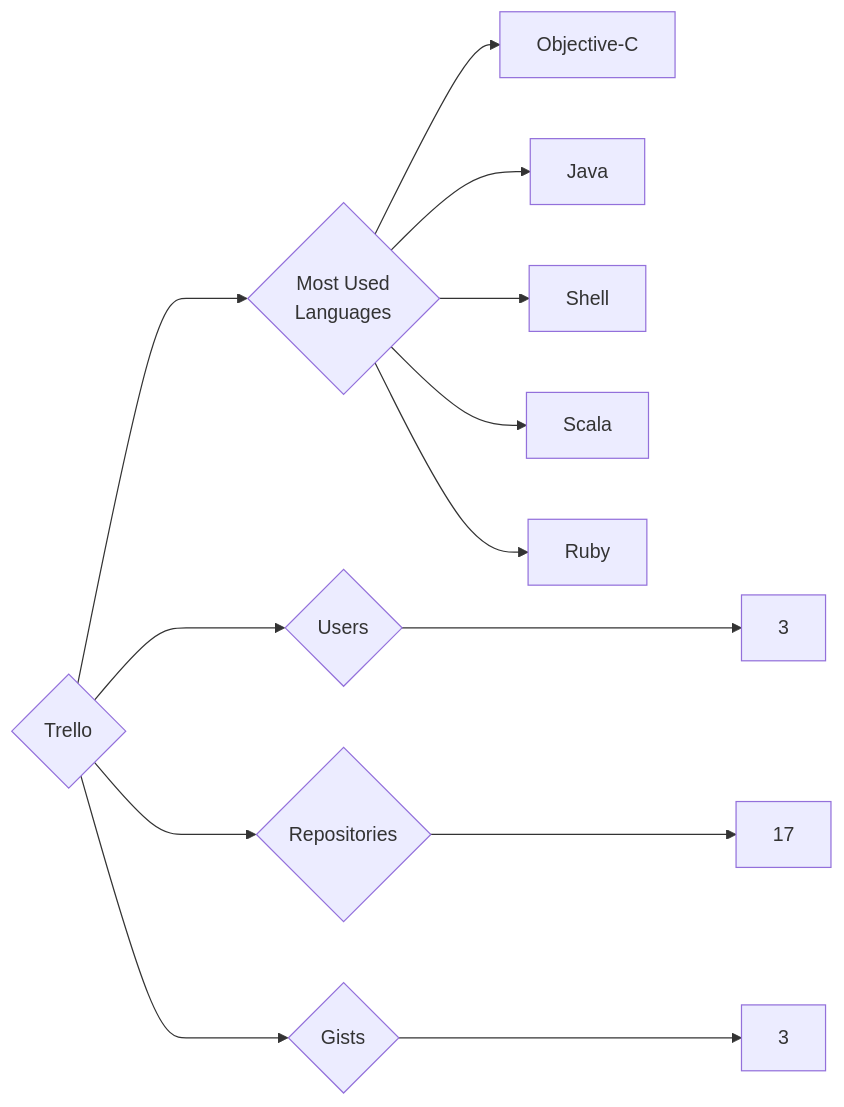
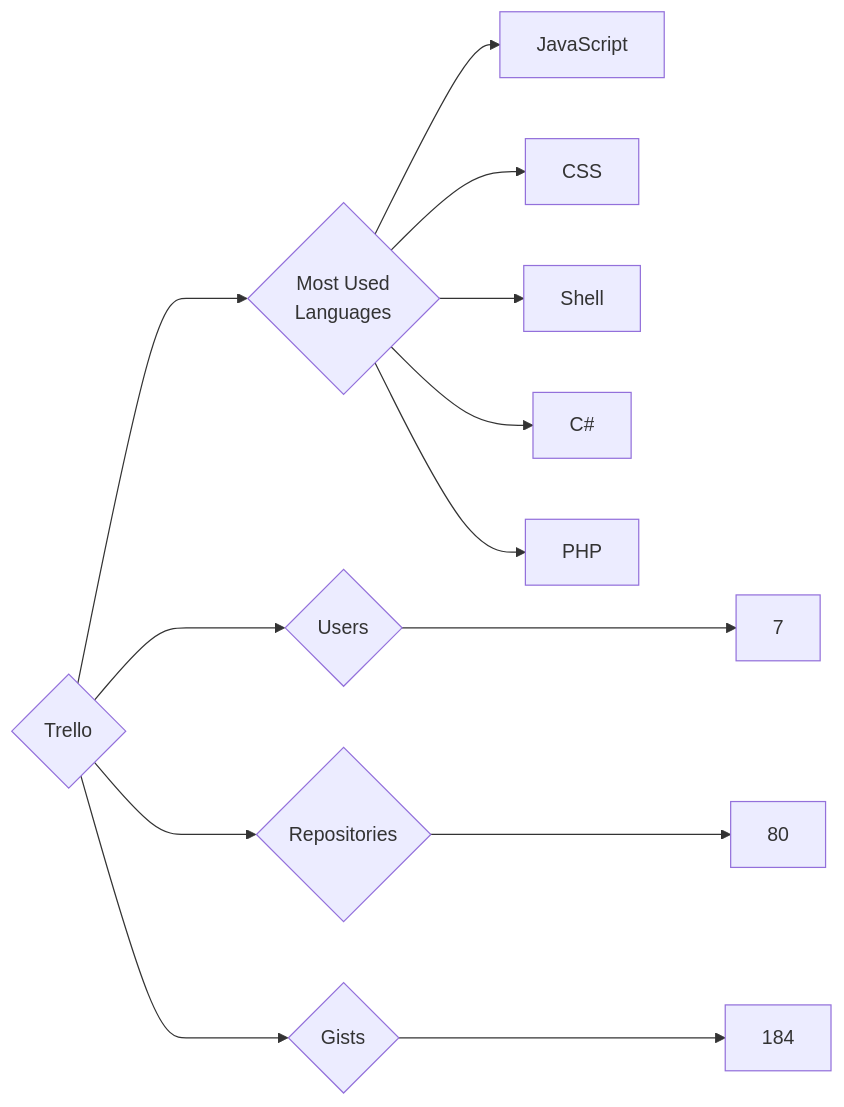
Before and after one commit to trickest/insiders: the diagram in targets/Trello/README.md, drawn with Mermaid. The commit also changed 877 other files, not shown here.

````diff
--- a/targets/Trello/README.md
+++ b/targets/Trello/README.md
@@ -3,13 +3,13 @@
 ```mermaid
 graph LR
 COMPANY_NAME{Trello}
-COMPANY_NAME ---> U{Users} ---> UN[3]
-COMPANY_NAME ---> R{Repositories} ---> RN[17]
-COMPANY_NAME ---> G{Gists} ---> GN[3]
+COMPANY_NAME ---> U{Users} ---> UN[7]
+COMPANY_NAME ---> R{Repositories} ---> RN[80]
+COMPANY_NAME ---> G{Gists} ---> GN[184]
 COMPANY_NAME ---> ML{Most Used<br>Languages}
-ML --> Objective-C[Objective-C]
-ML --> Java[Java]
+ML --> JavaScript[JavaScript]
+ML --> CSS[CSS]
 ML --> Shell[Shell]
-ML --> Scala[Scala]
-ML --> Ruby[Ruby]
+ML --> C#[C#]
+ML --> PHP[PHP]
 ```
````
